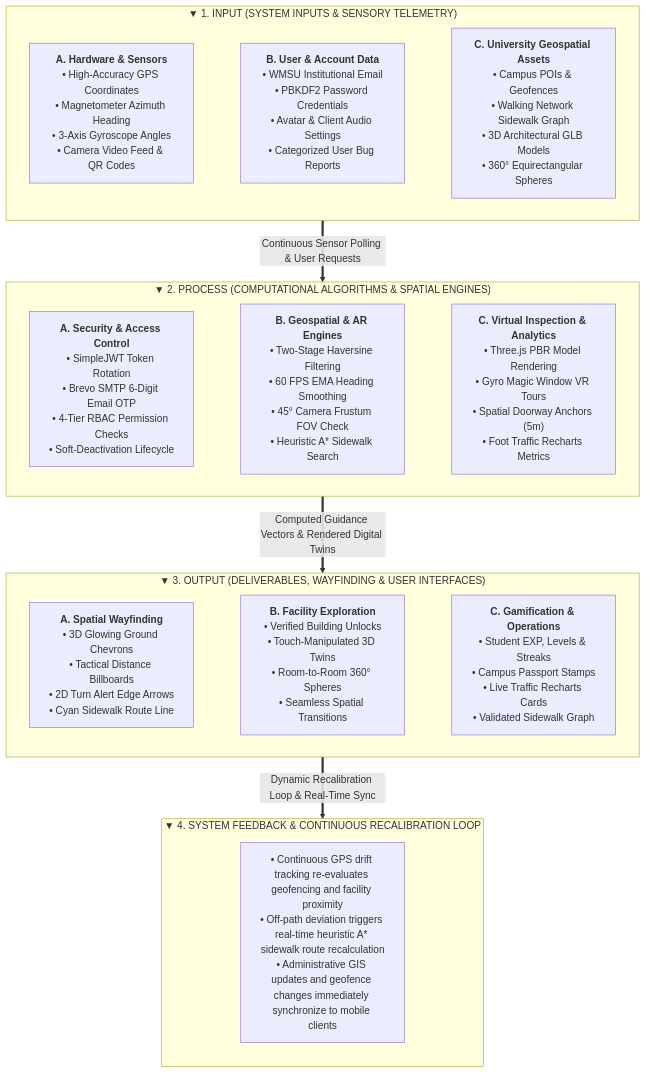
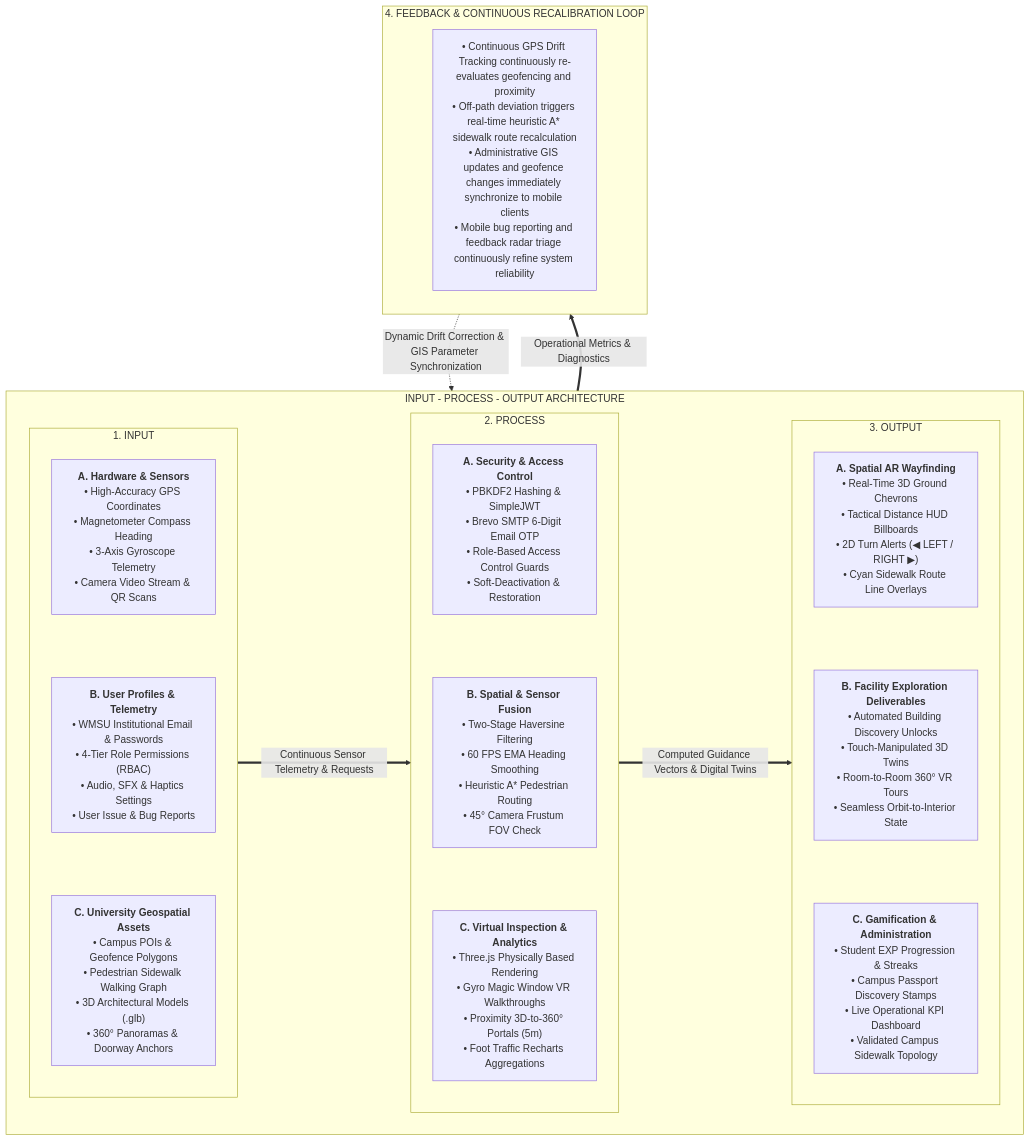
One commit to Cipher-Syntax/ARQuest changed the diagram in conceptual-framework.md. Above: the diagram before and after it, drawn with Mermaid. The commit also changed other lines of this file, not shown here.

Commit message:
Updated: conceptual framework

````diff
--- a/conceptual-framework.md
+++ b/conceptual-framework.md
@@ -15,48 +15,47 @@
 ```mermaid
 flowchart TD
     %% ==========================================
-    %% 1. INPUT (TOP TIER)
+    %% CORE IPO PIPELINE (3-COLUMN ARCHITECTURE)
     %% ==========================================
-    subgraph INPUT ["▼ 1. INPUT (SYSTEM INPUTS & SENSORY TELEMETRY)"]
+    subgraph IPO_PIPELINE ["INPUT - PROCESS - OUTPUT ARCHITECTURE"]
         direction LR
-        IN_A["<b>A. Hardware & Sensors</b><br/>• High-Accuracy GPS Coordinates<br/>• Magnetometer Azimuth Heading<br/>• 3-Axis Gyroscope Angles<br/>• Camera Video Feed & QR Codes"]
-        IN_B["<b>B. User & Account Data</b><br/>• WMSU Institutional Email<br/>• PBKDF2 Password Credentials<br/>• Avatar & Client Audio Settings<br/>• Categorized User Bug Reports"]
-        IN_C["<b>C. University Geospatial Assets</b><br/>• Campus POIs & Geofences<br/>• Walking Network Sidewalk Graph<br/>• 3D Architectural GLB Models<br/>• 360° Equirectangular Spheres"]
-        IN_A ~~~ IN_B ~~~ IN_C
+
+        subgraph INPUT ["1. INPUT"]
+            direction TB
+            IN_1["<b>A. Hardware & Sensors</b><br/>• High-Accuracy GPS Coordinates<br/>• Magnetometer Compass Heading<br/>• 3-Axis Gyroscope Telemetry<br/>• Camera Video Stream & QR Scans"]
+            IN_2["<b>B. User Profiles & Telemetry</b><br/>• WMSU Institutional Email & Passwords<br/>• 4-Tier Role Permissions (RBAC)<br/>• Audio, SFX & Haptics Settings<br/>• User Issue & Bug Reports"]
+            IN_3["<b>C. University Geospatial Assets</b><br/>• Campus POIs & Geofence Polygons<br/>• Pedestrian Sidewalk Walking Graph<br/>• 3D Architectural Models (.glb)<br/>• 360° Panoramas & Doorway Anchors"]
+            IN_1 ~~~ IN_2 ~~~ IN_3
+        end
+
+        subgraph PROCESS ["2. PROCESS"]
+            direction TB
+            PR_1["<b>A. Security & Access Control</b><br/>• PBKDF2 Hashing & SimpleJWT<br/>• Brevo SMTP 6-Digit Email OTP<br/>• Role-Based Access Control Guards<br/>• Soft-Deactivation & Restoration"]
+            PR_2["<b>B. Spatial & Sensor Fusion</b><br/>• Two-Stage Haversine Filtering<br/>• 60 FPS EMA Heading Smoothing<br/>• Heuristic A* Pedestrian Routing<br/>• 45° Camera Frustum FOV Check"]
+            PR_3["<b>C. Virtual Inspection & Analytics</b><br/>• Three.js Physically Based Rendering<br/>• Gyro Magic Window VR Walkthroughs<br/>• Proximity 3D-to-360° Portals (5m)<br/>• Foot Traffic Recharts Aggregations"]
+            PR_1 ~~~ PR_2 ~~~ PR_3
+        end
+
+        subgraph OUTPUT ["3. OUTPUT"]
+            direction TB
+            OUT_1["<b>A. Spatial AR Wayfinding</b><br/>• Real-Time 3D Ground Chevrons<br/>• Tactical Distance HUD Billboards<br/>• 2D Turn Alerts (◀ LEFT / RIGHT ▶)<br/>• Cyan Sidewalk Route Line Overlays"]
+            OUT_2["<b>B. Facility Exploration Deliverables</b><br/>• Automated Building Discovery Unlocks<br/>• Touch-Manipulated 3D Twins<br/>• Room-to-Room 360° VR Tours<br/>• Seamless Orbit-to-Interior State"]
+            OUT_3["<b>C. Gamification & Administration</b><br/>• Student EXP Progression & Streaks<br/>• Campus Passport Discovery Stamps<br/>• Live Operational KPI Dashboard<br/>• Validated Campus Sidewalk Topology"]
+            OUT_1 ~~~ OUT_2 ~~~ OUT_3
+        end
+
+        INPUT ==>|"Continuous Sensor Telemetry & Requests"| PROCESS
+        PROCESS ==>|"Computed Guidance Vectors & Digital Twins"| OUTPUT
     end
 
     %% ==========================================
-    %% 2. PROCESS (MIDDLE TIER)
+    %% CONTINUOUS FEEDBACK RECALIBRATION LOOP
     %% ==========================================
-    subgraph PROCESS ["▼ 2. PROCESS (COMPUTATIONAL ALGORITHMS & SPATIAL ENGINES)"]
-        direction LR
-        PR_A["<b>A. Security & Access Control</b><br/>• SimpleJWT Token Rotation<br/>• Brevo SMTP 6-Digit Email OTP<br/>• 4-Tier RBAC Permission Checks<br/>• Soft-Deactivation Lifecycle"]
-        PR_B["<b>B. Geospatial & AR Engines</b><br/>• Two-Stage Haversine Filtering<br/>• 60 FPS EMA Heading Smoothing<br/>• 45° Camera Frustum FOV Check<br/>• Heuristic A* Sidewalk Search"]
-        PR_C["<b>C. Virtual Inspection & Analytics</b><br/>• Three.js PBR Model Rendering<br/>• Gyro Magic Window VR Tours<br/>• Spatial Doorway Anchors (5m)<br/>• Foot Traffic Recharts Metrics"]
-        PR_A ~~~ PR_B ~~~ PR_C
+    subgraph FEEDBACK ["4. FEEDBACK & CONTINUOUS RECALIBRATION LOOP"]
+        direction TB
+        FB_1["• Continuous GPS Drift Tracking continuously re-evaluates geofencing and proximity<br/>• Off-path deviation triggers real-time heuristic A* sidewalk route recalculation<br/>• Administrative GIS updates and geofence changes immediately synchronize to mobile clients<br/>• Mobile bug reporting and feedback radar triage continuously refine system reliability"]
     end
 
-    %% ==========================================
-    %% 3. OUTPUT (LOWER TIER)
-    %% ==========================================
-    subgraph OUTPUT ["▼ 3. OUTPUT (DELIVERABLES, WAYFINDING & USER INTERFACES)"]
-        direction LR
-        OUT_A["<b>A. Spatial Wayfinding</b><br/>• 3D Glowing Ground Chevrons<br/>• Tactical Distance Billboards<br/>• 2D Turn Alert Edge Arrows<br/>• Cyan Sidewalk Route Line"]
-        OUT_B["<b>B. Facility Exploration</b><br/>• Verified Building Unlocks<br/>• Touch-Manipulated 3D Twins<br/>• Room-to-Room 360° Spheres<br/>• Seamless Spatial Transitions"]
-        OUT_C["<b>C. Gamification & Operations</b><br/>• Student EXP, Levels & Streaks<br/>• Campus Passport Stamps<br/>• Live Traffic Recharts Cards<br/>• Validated Sidewalk Graph"]
-        OUT_A ~~~ OUT_B ~~~ OUT_C
-    end
-
-    %% ==========================================
-    %% 4. FEEDBACK (BOTTOM TIER)
-    %% ==========================================
-    subgraph FEEDBACK ["▼ 4. SYSTEM FEEDBACK & CONTINUOUS RECALIBRATION LOOP"]
-        direction TB
-        FB["• Continuous GPS drift tracking re-evaluates geofencing and facility proximity<br/>• Off-path deviation triggers real-time heuristic A* sidewalk route recalculation<br/>• Administrative GIS updates and geofence changes immediately synchronize to mobile clients"]
-    end
-
-    %% Top-to-Bottom Transitions
-    INPUT ==>|"Continuous Sensor Polling & User Requests"| PROCESS
-    PROCESS ==>|"Computed Guidance Vectors & Rendered Digital Twins"| OUTPUT
-    OUTPUT ==>|"Dynamic Recalibration Loop & Real-Time Sync"| FEEDBACK
+    OUTPUT ==>|"Operational Metrics & Diagnostics"| FEEDBACK
+    FEEDBACK -.->|"Dynamic Drift Correction & GIS Parameter Synchronization"| INPUT
 ```
````
